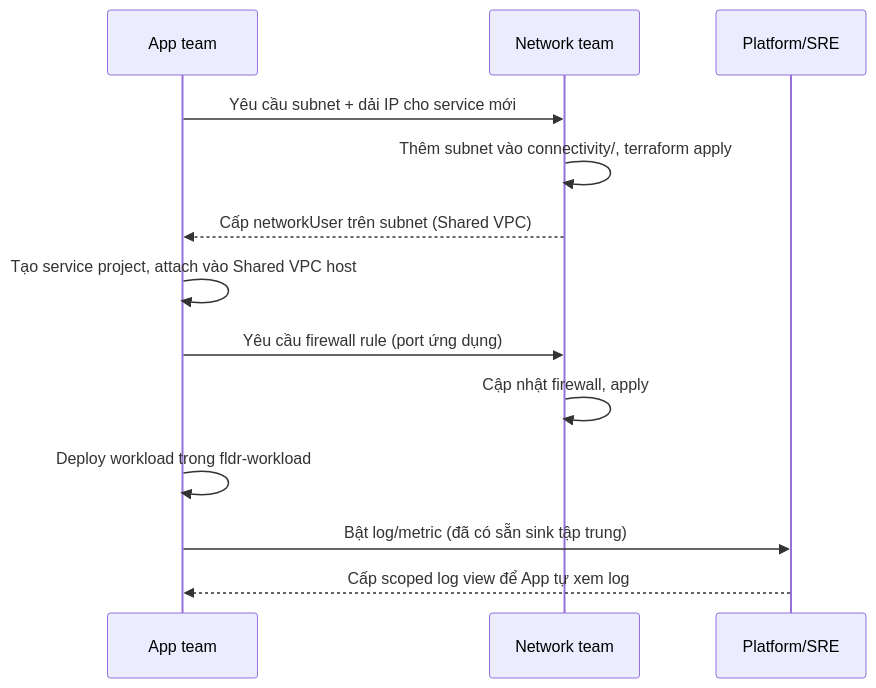
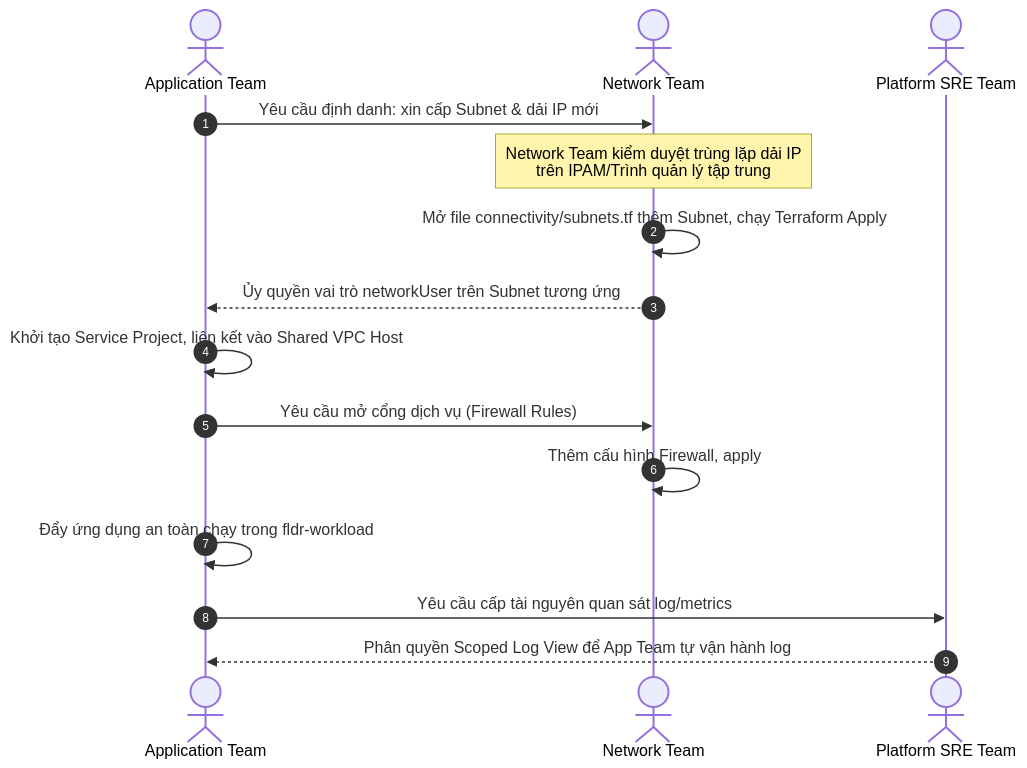
The second of 3 diagrams in README.md (sontxdev04/Landing-Zone-GCP), drawn with Mermaid before and after one commit. The commit also changed other lines of this file, not shown here.

````diff
--- a/README.md
+++ b/README.md
@@ -197,15 +190,18 @@
 ```mermaid
 sequenceDiagram
-    participant App as App team
-    participant Net as Network team
-    participant Plat as Platform/SRE
-    App->>Net: Yêu cầu subnet + dải IP cho service mới
-    Net->>Net: Thêm subnet vào connectivity/, terraform apply
-    Net-->>App: Cấp networkUser trên subnet (Shared VPC)
-    App->>App: Tạo service project, attach vào Shared VPC host
-    App->>Net: Yêu cầu firewall rule (port ứng dụng)
-    Net->>Net: Cập nhật firewall, apply
-    App->>App: Deploy workload trong fldr-workload
-    App->>Plat: Bật log/metric (đã có sẵn sink tập trung)
-    Plat-->>App: Cấp scoped log view để App tự xem log
+    autonumber
+    actor App as Application Team
+    actor Net as Network Team
+    actor Plat as Platform SRE Team
+
+    App->>Net: Yêu cầu định danh: xin cấp Subnet & dải IP mới
+    Note over Net: Network Team kiểm duyệt trùng lặp dải IP<br/>trên IPAM/Trình quản lý tập trung
+    Net->>Net: Mở file connectivity/subnets.tf thêm Subnet, chạy Terraform Apply
+    Net-->>App: Ủy quyền vai trò networkUser trên Subnet tương ứng
+    App->>App: Khởi tạo Service Project, liên kết vào Shared VPC Host
+    App->>Net: Yêu cầu mở cổng dịch vụ (Firewall Rules)
+    Net->>Net: Thêm cấu hình Firewall, apply
+    App->>App: Đẩy ứng dụng an toàn chạy trong fldr-workload
+    App->>Plat: Yêu cầu cấp tài nguyên quan sát log/metrics
+    Plat-->>App: Phân quyền Scoped Log View để App Team tự vận hành log
 ```
````
